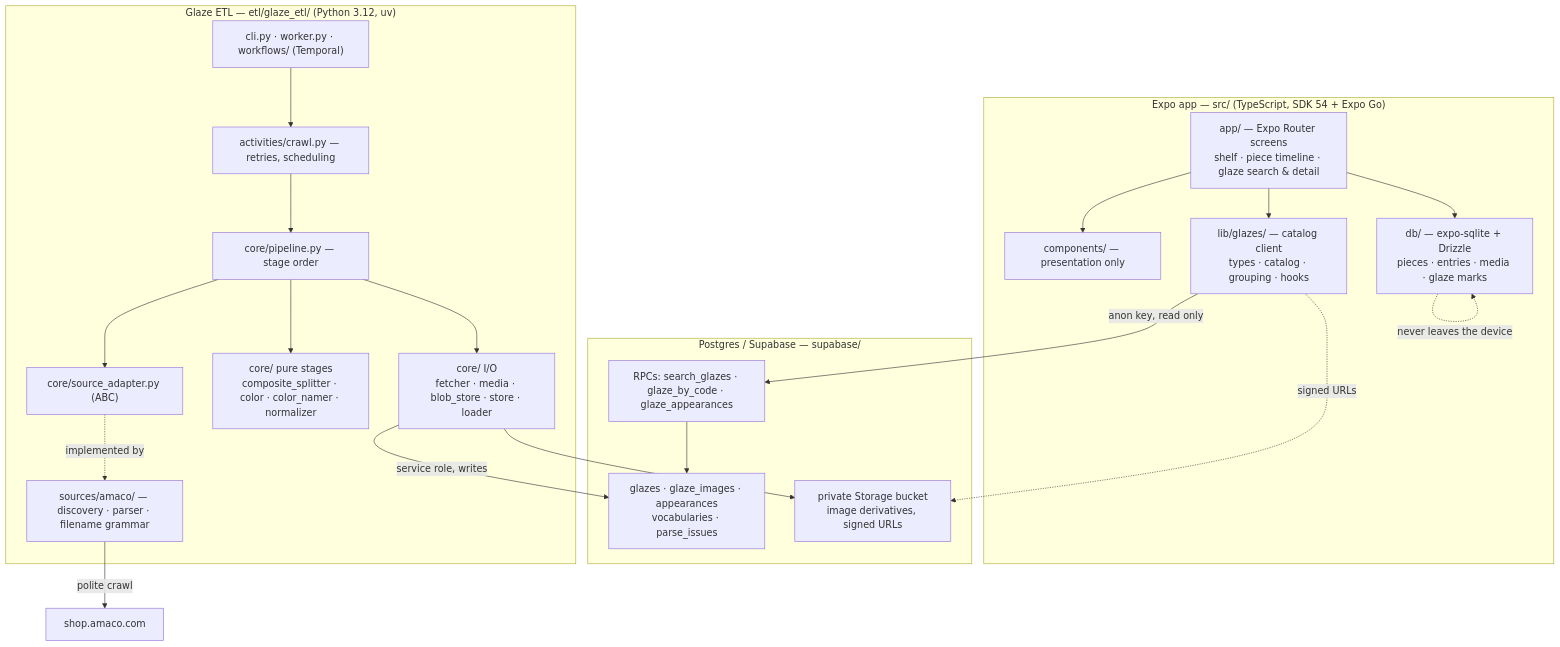
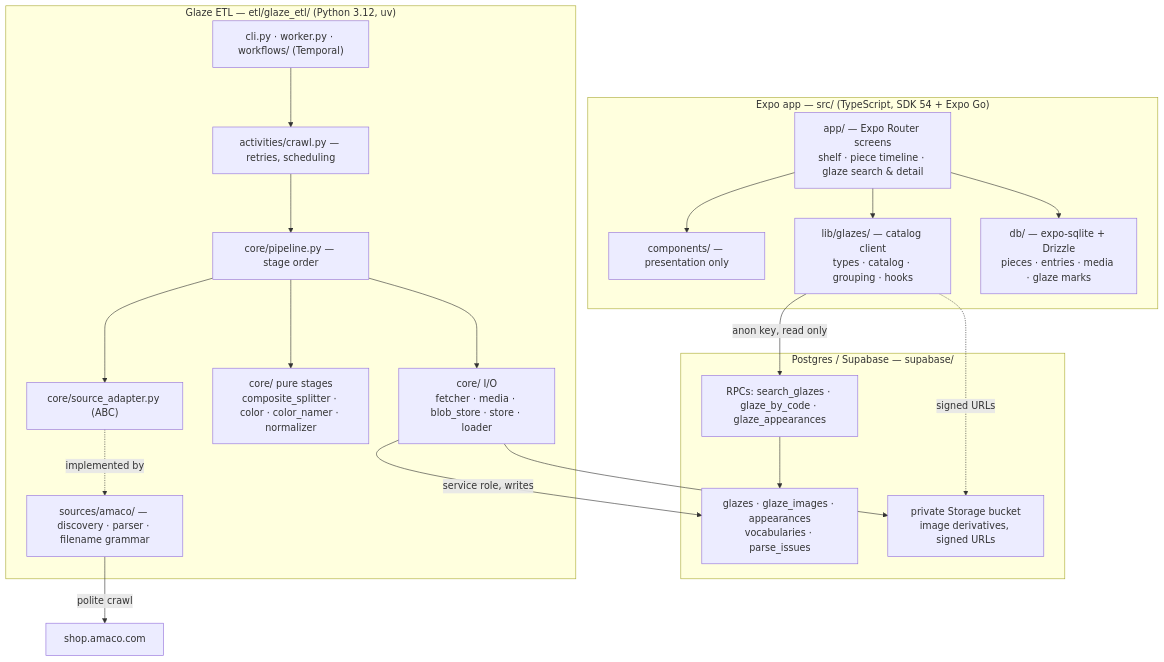
One commit to nickscip/mudbud changed the diagram in ARCHITECTURE.md. Above: the diagram before and after it, drawn with Mermaid. The commit also changed 1 other file, not shown here.

Commit message:
chore(agents): warn the refactor skill off `expo lint`
Running it on a repo with no ESLint config installs dev dependencies and writes
`eslint.config.js` — found by doing exactly that mid-refactor. Also drops a
self-loop edge from the architecture diagram that rendered as a stray curl.

````diff
--- a/ARCHITECTURE.md
+++ b/ARCHITECTURE.md
@@ -7,41 +7,40 @@
 ```mermaid
 graph TD
   subgraph app["Expo app — src/ (TypeScript, SDK 54 + Expo Go)"]
     screens["app/ — Expo Router screens<br/>shelf · piece timeline · glaze search & detail"]
     components["components/ — presentation only"]
     glazes["lib/glazes/ — catalog client<br/>types · catalog · grouping · hooks"]
     localdb["db/ — expo-sqlite + Drizzle<br/>pieces · entries · media · glaze marks"]
     screens --> components
     screens --> glazes
     screens --> localdb
   end
 
   subgraph pg["Postgres / Supabase — supabase/"]
     rpc["RPCs: search_glazes · glaze_by_code · glaze_appearances"]
     tables["glazes · glaze_images · appearances<br/>vocabularies · parse_issues"]
     bucket["private Storage bucket<br/>image derivatives, signed URLs"]
     rpc --> tables
   end
 
   subgraph etl["Glaze ETL — etl/glaze_etl/ (Python 3.12, uv)"]
     entry["cli.py · worker.py · workflows/ (Temporal)"]
     activities["activities/crawl.py — retries, scheduling"]
     pipeline["core/pipeline.py — stage order"]
     adapter["core/source_adapter.py (ABC)"]
     amaco["sources/amaco/ — discovery · parser · filename grammar"]
     pure["core/ pure stages<br/>composite_splitter · color · color_namer · normalizer"]
     io["core/ I/O<br/>fetcher · media · blob_store · store · loader"]
     entry --> activities --> pipeline
     pipeline --> adapter
     adapter -.implemented by.-> amaco
     pipeline --> pure
     pipeline --> io
   end
 
   glazes -->|"anon key, read only"| rpc
-  localdb -.->|"never leaves the device"| localdb
   io -->|"service role, writes"| tables
   io --> bucket
   glazes -.->|"signed URLs"| bucket
   amaco -->|"polite crawl"| amacoweb["shop.amaco.com"]
 ```
````
